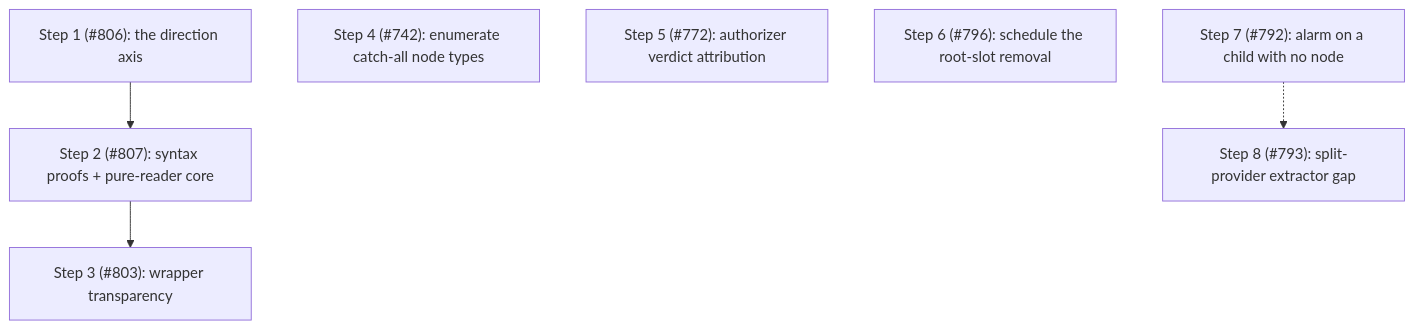
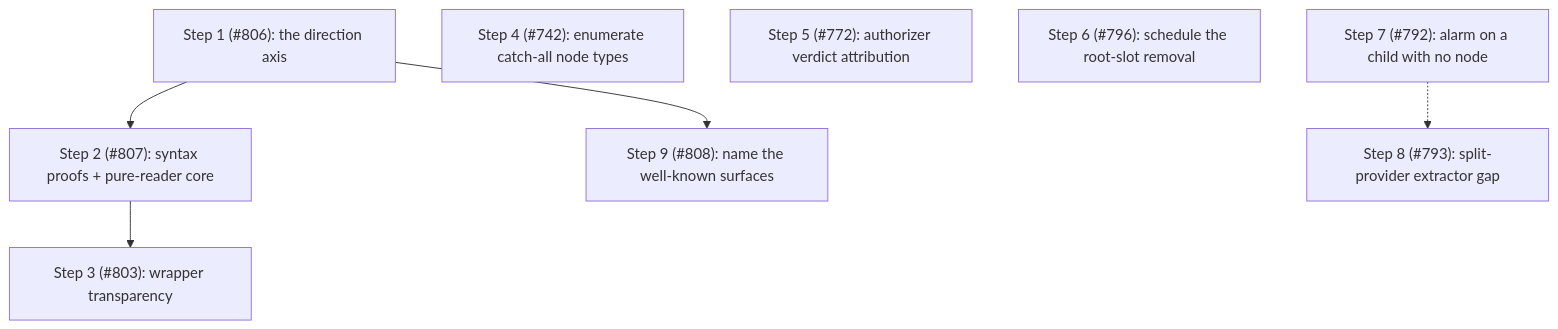
The fourth of 4 diagrams in packages/pi-permission-system/docs/architecture/architecture.md (gotgenes/pi-packages), drawn with Mermaid before and after one commit. The commit also changed other lines of this file, not shown here.

````diff
--- a/packages/pi-permission-system/docs/architecture/architecture.md
+++ b/packages/pi-permission-system/docs/architecture/architecture.md
@@ -1179,11 +1196,13 @@
 ```mermaid
 flowchart TD
     S1["Step 1 (#806): the direction axis"] --> S2["Step 2 (#807): syntax proofs + pure-reader core"]
     S2 --> S3["Step 3 (#803): wrapper transparency"]
     S4["Step 4 (#742): enumerate catch-all node types"]
     S5["Step 5 (#772): authorizer verdict attribution"]
     S6["Step 6 (#796): schedule the root-slot removal"]
     S7["Step 7 (#792): alarm on a child with no node"]
     S8["Step 8 (#793): split-provider extractor gap"]
+    S9["Step 9 (#808): name the well-known surfaces"]
     S7 -.-> S8
+    S1 --> S9
 ```
````
